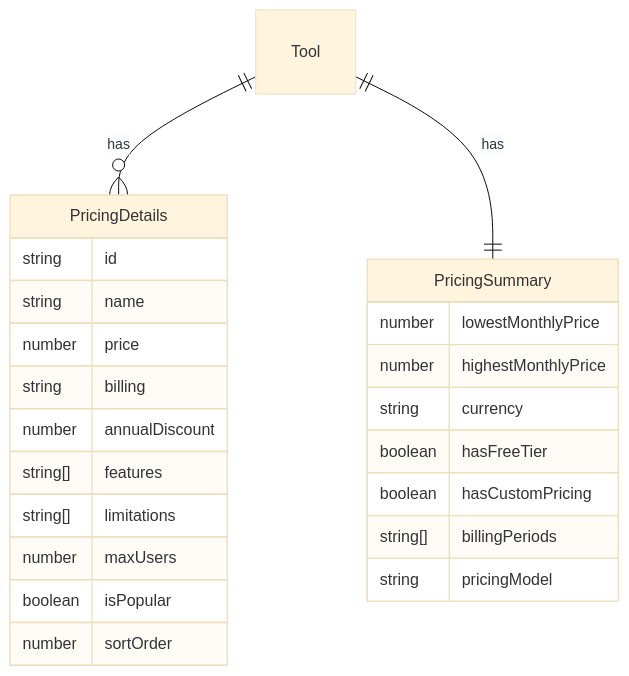
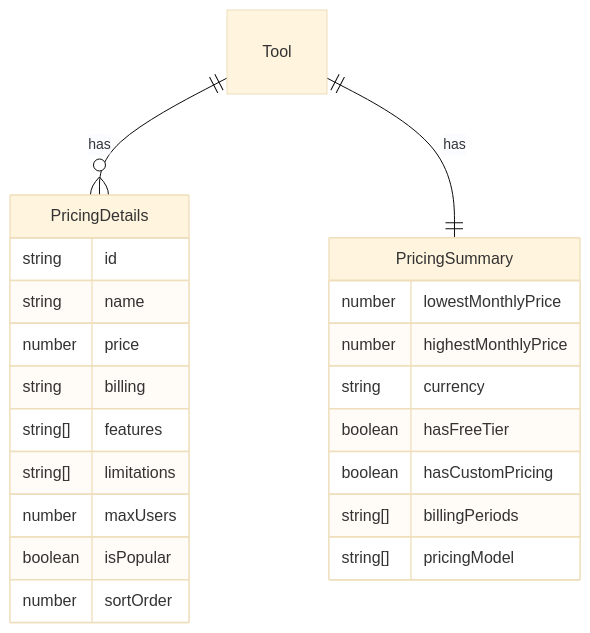
One commit to foyzulkarim/codiesvibe changed the second of 4 diagrams in specs/007-enhance-seed-data/data-model.md. Above: the diagram before and after it, drawn with Mermaid (base theme). The commit also changed other lines of this file and 5 other files, not shown here.

````diff
--- a/specs/007-enhance-seed-data/data-model.md
+++ b/specs/007-enhance-seed-data/data-model.md
@@ -60,26 +56,25 @@
 ```mermaid
 erDiagram
     Tool ||--o{ PricingDetails : has
     Tool ||--|| PricingSummary : has
     PricingSummary {
         number lowestMonthlyPrice
         number highestMonthlyPrice
         string currency
         boolean hasFreeTier
         boolean hasCustomPricing
         string[] billingPeriods
-        string pricingModel
+        string[] pricingModel
     }
     PricingDetails {
         string id
         string name
         number price
         string billing
-        number annualDiscount
         string[] features
         string[] limitations
         number maxUsers
         boolean isPopular
         number sortOrder
     }
 ```
````
